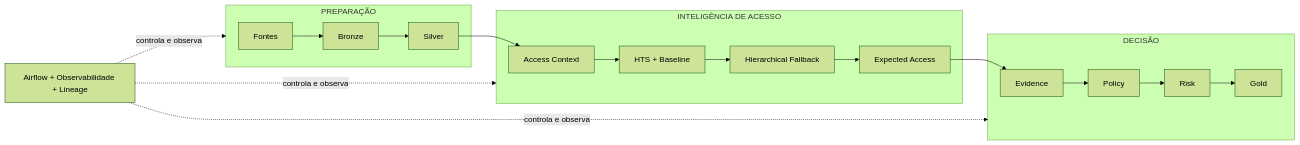
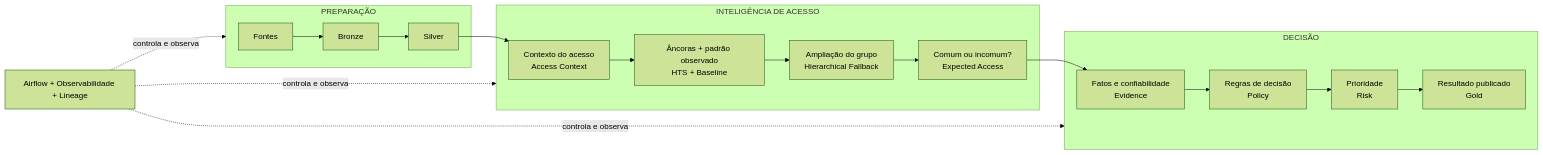
Before and after one commit to Lal3x/SoD-Plataform: the diagram in docs/index.md, drawn with Mermaid (forest theme). The commit also changed other lines of this file and 8 other files, not shown here.

````diff
--- a/docs/index.md
+++ b/docs/index.md
@@ -70,25 +77,25 @@
 ```mermaid
 flowchart LR
     subgraph P["PREPARAÇÃO"]
         A["Fontes"] --> B["Bronze"]
         B --> C["Silver"]
     end
 
     subgraph I["INTELIGÊNCIA DE ACESSO"]
-        C --> D["Access Context"]
-        D --> E["HTS + Baseline"]
-        E --> F["Hierarchical Fallback"]
-        F --> G["Expected Access"]
+        C --> D["Contexto do acesso<br/>Access Context"]
+        D --> E["Âncoras + padrão observado<br/>HTS + Baseline"]
+        E --> F["Ampliação do grupo<br/>Hierarchical Fallback"]
+        F --> G["Comum ou incomum?<br/>Expected Access"]
     end
 
     subgraph DCS["DECISÃO"]
-        G --> H["Evidence"]
-        H --> J["Policy"]
-        J --> K["Risk"]
-        K --> L["Gold"]
+        G --> H["Fatos e confiabilidade<br/>Evidence"]
+        H --> J["Regras de decisão<br/>Policy"]
+        J --> K["Prioridade<br/>Risk"]
+        K --> L["Resultado publicado<br/>Gold"]
     end
 
     O["Airflow + Observabilidade + Lineage"] -. controla e observa .-> P
     O -. controla e observa .-> I
     O -. controla e observa .-> DCS
 ```
````
